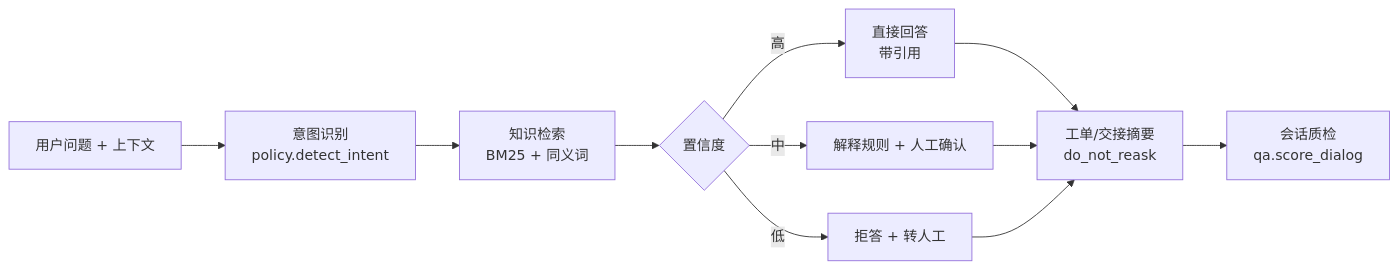
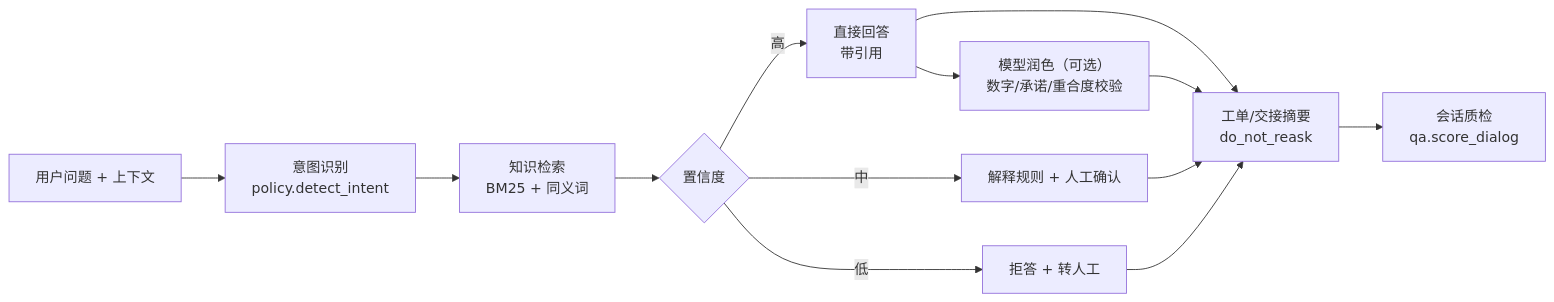
Before and after one commit to lyuyang0825-source/support-copilot: the diagram in docs/architecture.md, drawn with Mermaid. The commit also changed other lines of this file and 16 other files, not shown here.

````diff
--- a/docs/architecture.md
+++ b/docs/architecture.md
@@ -20,11 +20,13 @@
 ```mermaid
 flowchart LR
     Q[用户问题 + 上下文] --> I[意图识别<br/>policy.detect_intent]
     I --> R[知识检索<br/>BM25 + 同义词]
     R --> C{置信度}
     C -->|高| A[直接回答<br/>带引用]
     C -->|中| H[解释规则 + 人工确认]
     C -->|低| F[拒答 + 转人工]
     A & H & F --> T[工单/交接摘要<br/>do_not_reask]
+    A --> L[模型润色（可选）<br/>数字/承诺/重合度校验]
+    L --> T
     T --> D[会话质检<br/>qa.score_dialog]
 ```
````
